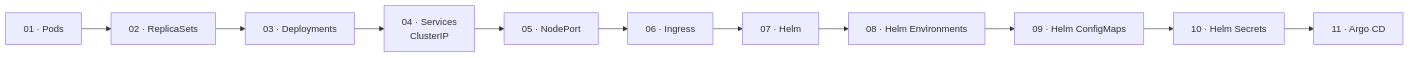
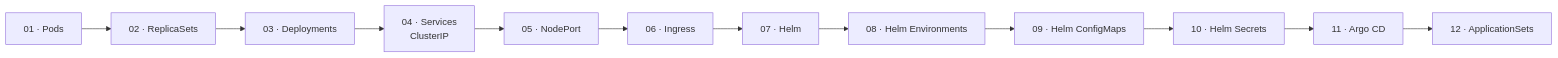
One commit to amerinoo/kubernetes-from-zero changed the diagram in README.md. Above: the diagram before and after it, drawn with Mermaid. The commit also changed other lines of this file and 2 other files, not shown here.

Commit message:
Add Argo CD ApplicationSets class

````diff
--- a/README.md
+++ b/README.md
@@ -7,13 +7,14 @@
 ```mermaid
 graph LR
     P["01 · Pods"] --> RS["02 · ReplicaSets"]
     RS --> D["03 · Deployments"]
     D --> SVC["04 · Services\nClusterIP"]
     SVC --> NP["05 · NodePort"]
     NP --> ING["06 · Ingress"]
     ING --> H["07 · Helm"]
     H --> ENV["08 · Helm Environments"]
     ENV --> CM["09 · Helm ConfigMaps"]
     CM --> SEC["10 · Helm Secrets"]
     SEC --> ARGO["11 · Argo CD"]
+    ARGO --> APPSET["12 · ApplicationSets"]
 ```
````
